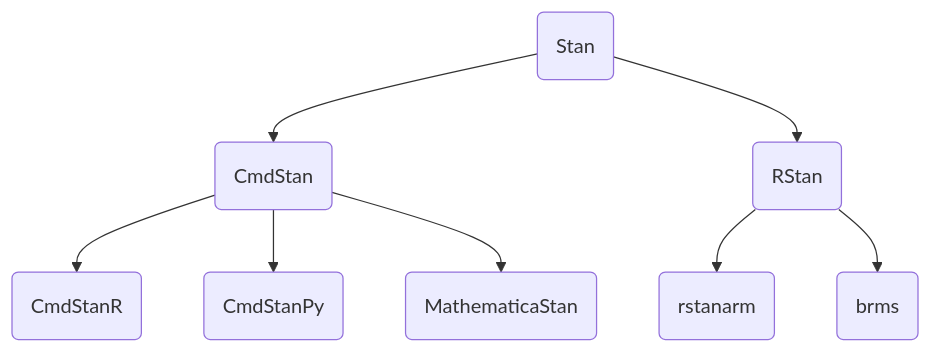
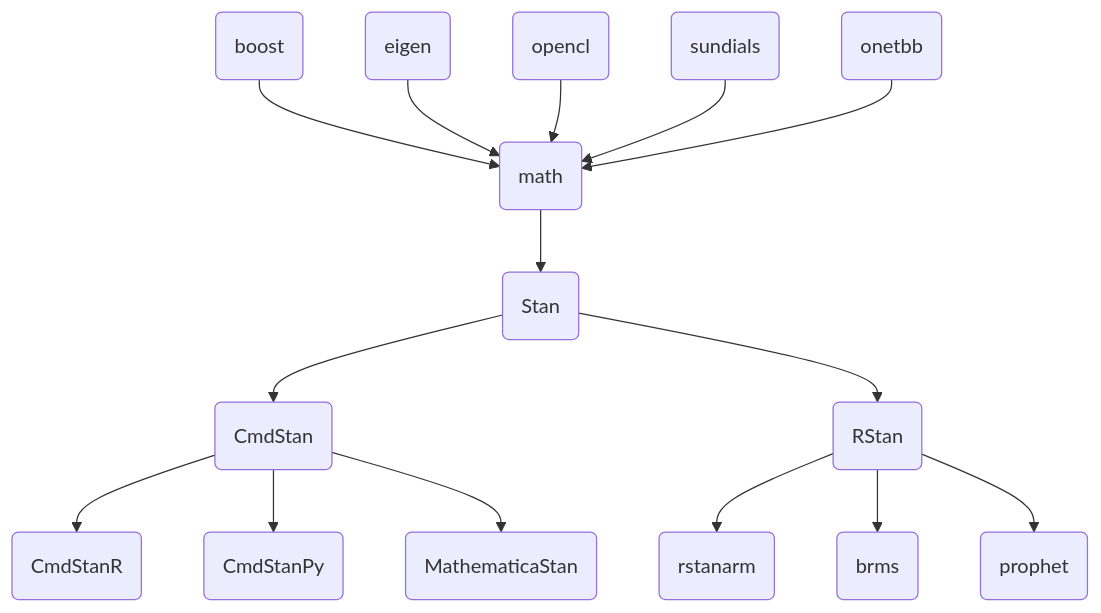
One commit to XiangyunHuang/data-analysis-in-action changed the diagram in generalized-linear-models.qmd. Above: the diagram before and after it, drawn with Mermaid. The commit also changed other lines of this file and 8 other files, not shown here.

````diff
--- a/generalized-linear-models.qmd
+++ b/generalized-linear-models.qmd
@@ -13,14 +13,21 @@
 ```{mermaid}
 %%| label: fig-stan-api
 %%| fig-width: 6.5
-%%| fig-cap: Stan、CmdStan 和 CmdStanR 的关系
+%%| fig-cap: Stan、CmdStan 和 CmdStanR 等的依赖关系图
 
 flowchart TB
+  boost(boost) --> math(math)
+  eigen(eigen) --> math(math)
+  opencl(opencl) --> math(math)
+  sundials(sundials) --> math(math)
+  onetbb(onetbb) --> math(math)
+  math(math) --> Stan(Stan)
   Stan(Stan) --> CmdStan(CmdStan)
   Stan(Stan) --> RStan(RStan)
   RStan --> rstanarm(rstanarm)
   RStan --> brms(brms)
+  RStan --> prophet(prophet)
   CmdStan --> CmdStanR(CmdStanR)
   CmdStan --> CmdStanPy(CmdStanPy)
   CmdStan --> MathematicaStan(MathematicaStan)
 ```
````
